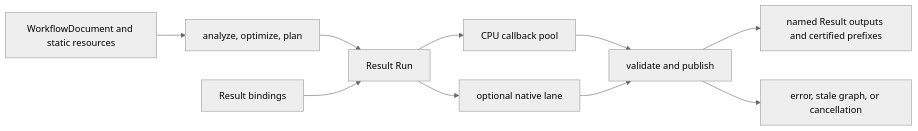
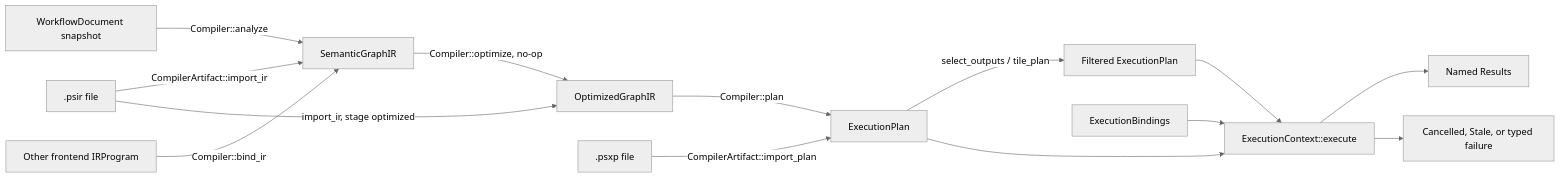
The first of 2 diagrams in docs/kernel-architecture/Compiler-and-Execution.md (kevin-zf1123/photospider), drawn with Mermaid (neutral theme) before and after one commit. The commit also changed other lines of this file and 62 other files, not shown here.

````diff
--- a/docs/kernel-architecture/Compiler-and-Execution.md
+++ b/docs/kernel-architecture/Compiler-and-Execution.md
@@ -19,12 +13,16 @@
 ```mermaid
 flowchart LR
-    D[WorkflowDocument and static resources] --> C[analyze, optimize, plan]
-    C --> R[Result Run]
-    B[Result bindings] --> R
-    R --> CPU[CPU callback pool]
-    R --> GPU[optional native lane]
-    CPU --> J[validate and publish]
-    GPU --> J
-    J --> O[named Result outputs and certified prefixes]
-    J --> E[error, stale graph, or cancellation]
+    DAG[WorkflowDocument snapshot] -->|Compiler::analyze| S[SemanticGraphIR]
+    FE[Other frontend IRProgram] -->|Compiler::bind_ir| S
+    PSIR[.psir file] -->|CompilerArtifact::import_ir| S
+    PSIR -->|import_ir, stage optimized| O
+    S -->|Compiler::optimize, no-op| O[OptimizedGraphIR]
+    O -->|Compiler::plan| P[ExecutionPlan]
+    PSXP[.psxp file] -->|CompilerArtifact::import_plan| P
+    P -->|select_outputs / tile_plan| P2[Filtered ExecutionPlan]
+    P --> X[ExecutionContext::execute]
+    P2 --> X
+    B[ExecutionBindings] --> X
+    X --> R[Named Results]
+    X --> E[Cancelled, Stale, or typed failure]
 ```
````
